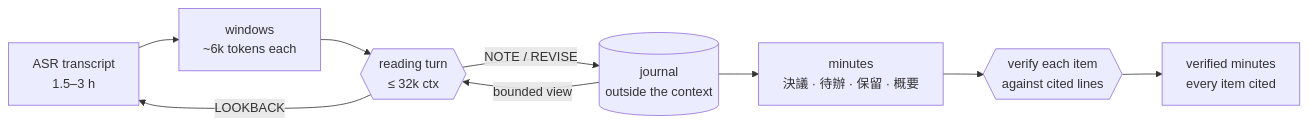
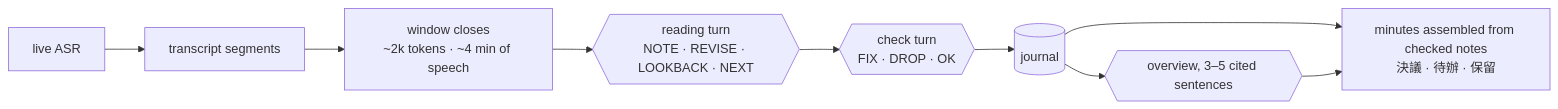
One commit to vieenrose/meeting-summarizer changed the first of 2 diagrams in README.md. Above: the diagram before and after it, drawn with Mermaid. The commit also changed other lines of this file and 8 other files, not shown here.

First line of the commit message:
Realtime reading agent: one growing conversation, check turn, assembled minutes

````diff
--- a/README.md
+++ b/README.md
@@ -13,11 +13,11 @@
 ```mermaid
 flowchart LR
-    T[ASR transcript<br/>1.5–3 h] --> W[windows<br/>~6k tokens each]
-    W --> R{{reading turn<br/>≤ 32k ctx}}
-    R -- NOTE / REVISE --> J[(journal<br/>outside the context)]
-    J -- bounded view --> R
-    R -- LOOKBACK --> T
-    J --> M[minutes<br/>決議 · 待辦 · 保留 · 概要]
-    M --> V{{verify each item<br/>against cited lines}}
-    V --> O[verified minutes<br/>every item cited]
+    A[live ASR] --> S[transcript segments]
+    S --> W[window closes<br/>~2k tokens · ~4 min of speech]
+    W --> R{{reading turn<br/>NOTE · REVISE · LOOKBACK · NEXT}}
+    R --> C{{check turn<br/>FIX · DROP · OK}}
+    C --> J[(journal)]
+    J --> M[minutes assembled from checked notes<br/>決議 · 待辦 · 保留]
+    J --> O{{overview, 3–5 cited sentences}}
+    O --> M
 ```
````
